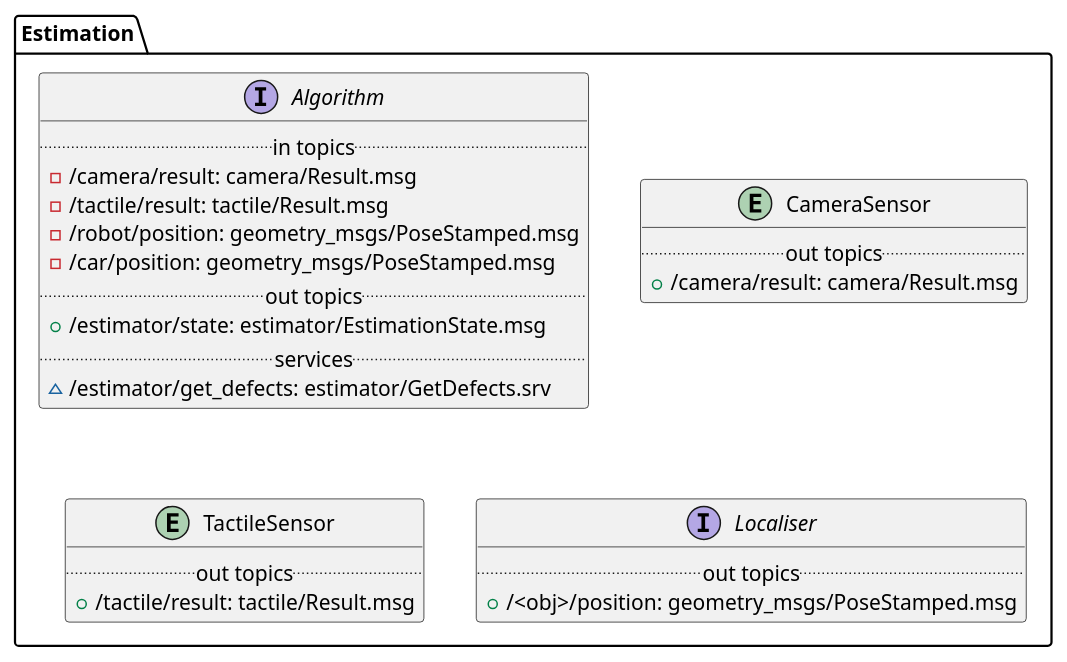
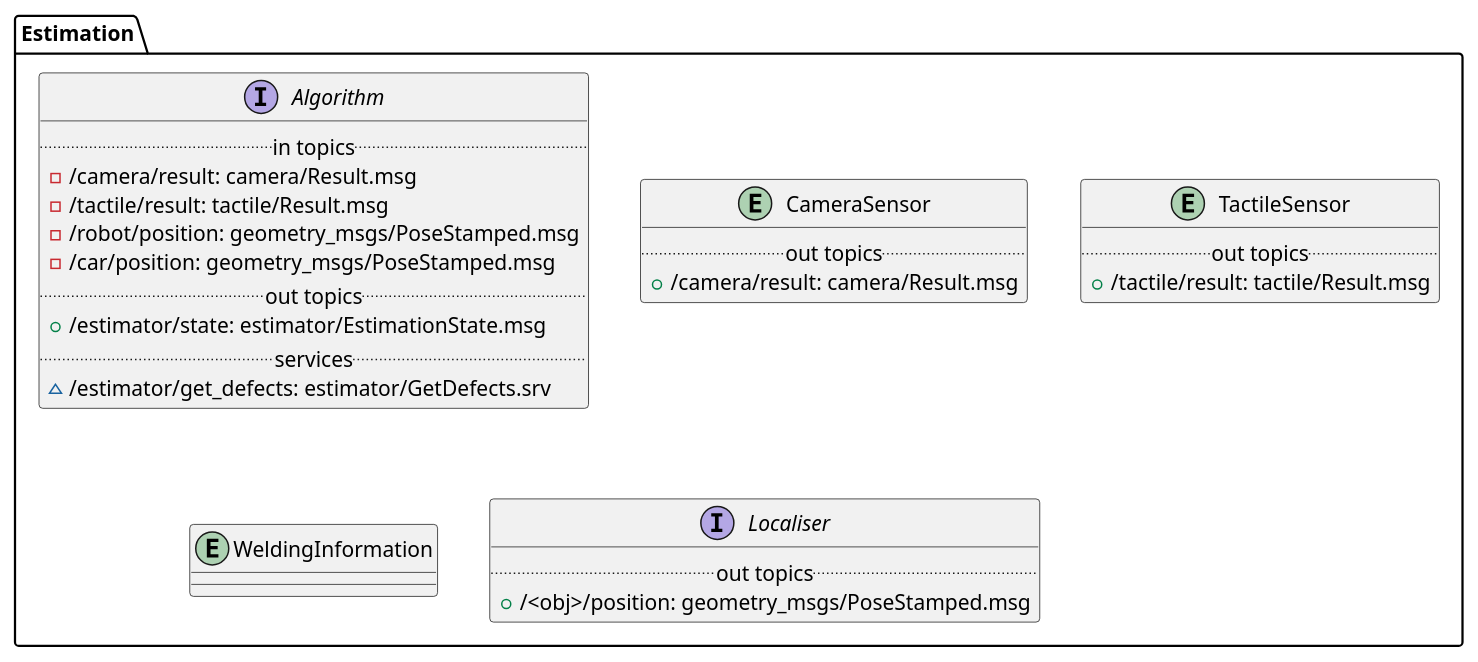
Before and after one commit to magician-project/magician-project: the fourth of 10 diagrams in framework.md, drawn with PlantUML. The commit also changed other lines of this file and 1 other file, not shown here.

````diff
--- a/framework.md
+++ b/framework.md
@@ -152,35 +131,38 @@
 ```{plantuml}
 :width: 700px
 @startuml
 package Estimation {
 
   interface Algorithm {
     .. in topics ..
     - /camera/result: camera/Result.msg
     - /tactile/result: tactile/Result.msg
     - /robot/position: geometry_msgs/PoseStamped.msg
     - /car/position: geometry_msgs/PoseStamped.msg
     .. out topics ..
     + /estimator/state: estimator/EstimationState.msg
     .. services ..
     ~ /estimator/get_defects: estimator/GetDefects.srv
   }
 
   entity CameraSensor {
     .. out topics ..
     + /camera/result: camera/Result.msg
   }
 
   entity TactileSensor {
     .. out topics ..
     + /tactile/result: tactile/Result.msg
   }
 
+  entity WeldingInformation {
+  }
+
   interface Localiser {
     .. out topics ..
     + /<obj>/position: geometry_msgs/PoseStamped.msg
   }
 
 }
 @enduml
 ```
````
